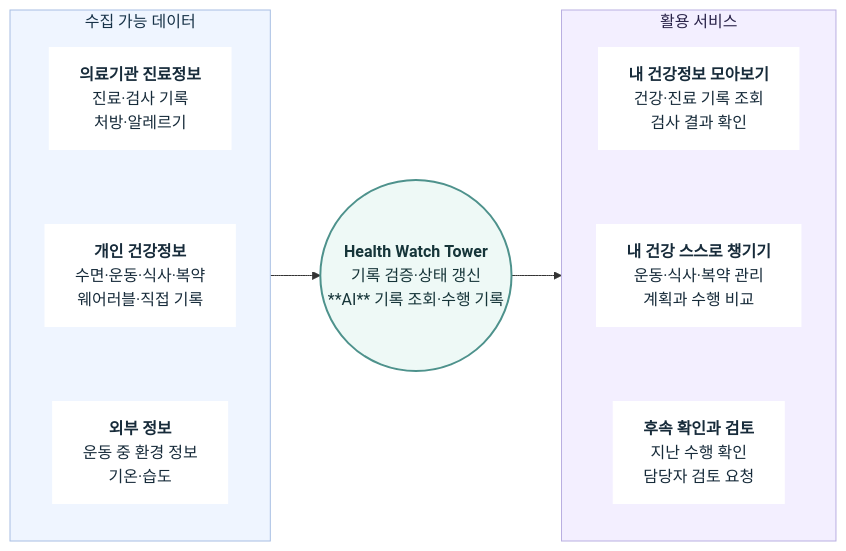
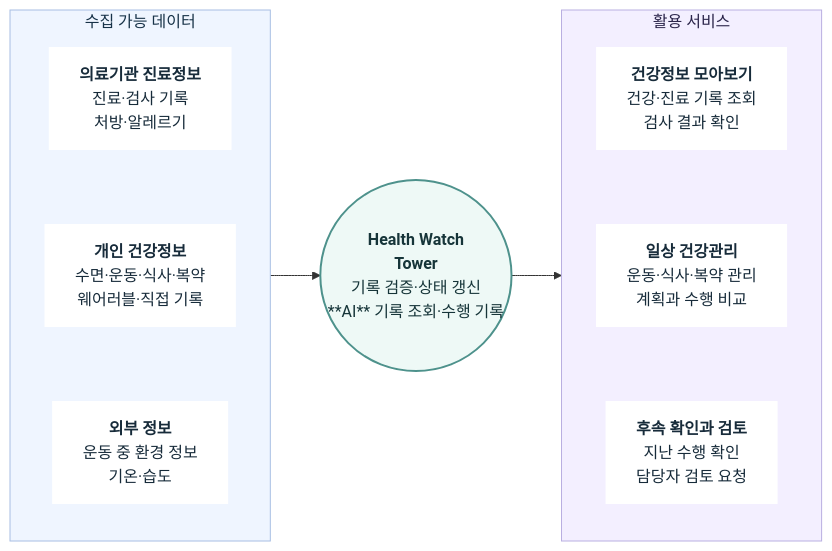
Before and after one commit to VitaCrew/Health-Watch-Tower: the first of 2 diagrams in README.md, drawn with Mermaid.

Commit message:
docs: tighten health watch tower overview copy

````diff
--- a/README.md
+++ b/README.md
@@ -34,44 +34,45 @@
 ```mermaid
 flowchart LR
     subgraph Sources["수집 가능 데이터"]
         direction TB
         Clinical["`**의료기관 진료정보**
         진료·검사 기록
         처방·알레르기`"]
         Personal["`**개인 건강정보**
         수면·운동·식사·복약
         웨어러블·직접 기록`"]
         External["`**외부 정보**
         운동 중 환경 정보
         기온·습도`"]
         Clinical ~~~ Personal ~~~ External
     end
 
-    Hub(("`**Health Watch Tower**
+    Hub(("`**Health Watch**
+    **Tower**
     기록 검증·상태 갱신
 
     **AI**
     기록 조회·수행 기록`"))
 
     subgraph Services["활용 서비스"]
         direction TB
-        Records["`**내 건강정보 모아보기**
+        Records["`**건강정보 모아보기**
         건강·진료 기록 조회
         검사 결과 확인`"]
-        Routine["`**내 건강 스스로 챙기기**
+        Routine["`**일상 건강관리**
         운동·식사·복약 관리
         계획과 수행 비교`"]
-        FollowUp["`**후속 확인과 검토**
+        FollowUp["`**후속 확인과 검토**
         지난 수행 확인
         담당자 검토 요청`"]
         Records ~~~ Routine ~~~ FollowUp
     end
 
     Sources --> Hub --> Services
     classDef card fill:#fff,stroke:#fff,color:#172b3a
     classDef hub fill:#eef9f6,stroke:#4e928c,stroke-width:2px,color:#163539
     class Clinical,Personal,External,Records,Routine,FollowUp card
     class Hub hub
     style Sources fill:#eff5ff,stroke:#a8bee3,color:#173248
     style Services fill:#f3efff,stroke:#b9afe1,color:#292349
 ```
````
